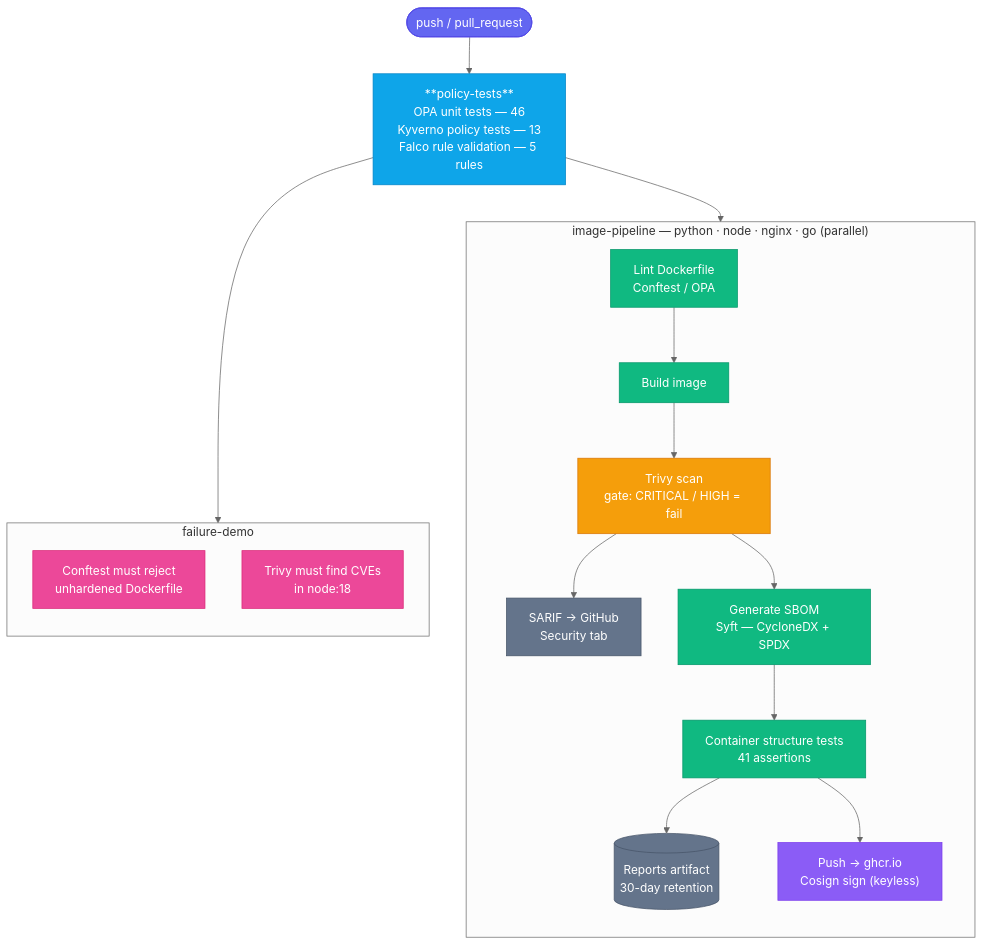
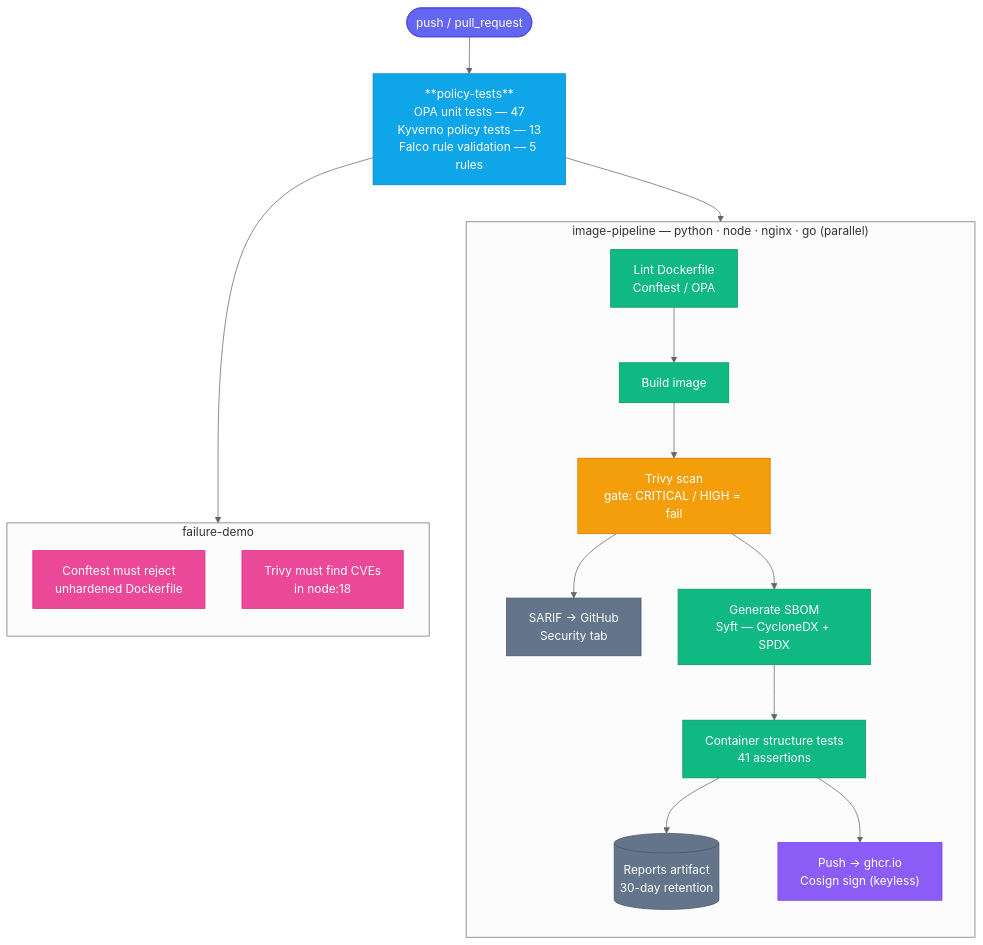
One commit to HalcyonOps/container-hardening-lab changed the diagram in README.md. Above: the diagram before and after it, drawn with Mermaid (neutral theme). The commit also changed other lines of this file and 9 other files, not shown here.

````diff
--- a/README.md
+++ b/README.md
@@ -205,37 +205,37 @@
 ```mermaid
 flowchart TD
     trigger([push / pull_request]):::event --> pt
 
-    pt["**policy-tests**\nOPA unit tests — 46\nKyverno policy tests — 13\nFalco rule validation — 5 rules"]:::job
+    pt["**policy-tests**\nOPA unit tests — 47\nKyverno policy tests — 13\nFalco rule validation — 5 rules"]:::job
 
     pt --> fd
     pt --> ip
 
     subgraph fd ["  failure-demo  "]
         direction TB
         f1["Conftest must reject\nunhardened Dockerfile"]:::check
         f2["Trivy must find CVEs\nin node:18"]:::check
     end
 
     subgraph ip ["  image-pipeline — python · node · nginx · go (parallel)  "]
         direction TB
         i1["Lint Dockerfile\nConftest / OPA"]:::step --> i2
         i2["Build image"]:::step --> i3
         i3["Trivy scan\ngate: CRITICAL / HIGH = fail"]:::gate --> i4
         i3 --> i5
         i4["SARIF → GitHub\nSecurity tab"]:::output
         i5["Generate SBOM\nSyft — CycloneDX + SPDX"]:::step --> i6
         i6["Container structure tests\n41 assertions"]:::step --> i7
         i6 --> i8
         i7[("Reports artifact\n30-day retention")]:::output
         i8["Push → ghcr.io\nCosign sign (keyless)"]:::sign
     end
 
     classDef event  fill:#6366f1,stroke:#4f46e5,color:#fff
     classDef job    fill:#0ea5e9,stroke:#0284c7,color:#fff
     classDef step   fill:#10b981,stroke:#059669,color:#fff
     classDef gate   fill:#f59e0b,stroke:#d97706,color:#fff
     classDef check  fill:#ec4899,stroke:#db2777,color:#fff
     classDef output fill:#64748b,stroke:#475569,color:#fff
     classDef sign   fill:#8b5cf6,stroke:#7c3aed,color:#fff
 ```
````
